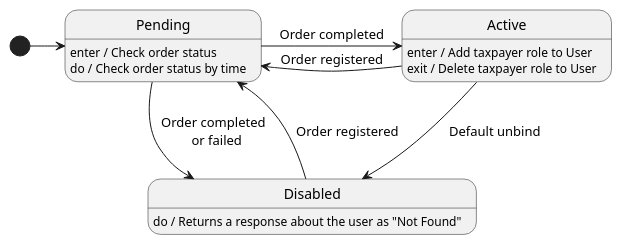
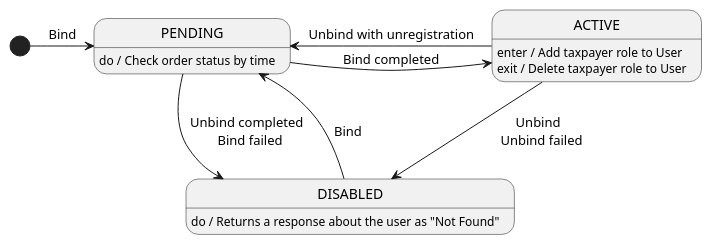
Before and after one commit to RaikBitters/ibank-internal-services: the first of 2 diagrams in diagrams/self-employed-service/state.puml, drawn with PlantUML. The commit also changed other lines of this file and 3 other files, not shown here.

Commit message:
Updated diagram.

```diff
--- a/diagrams/self-employed-service/state.puml
+++ b/diagrams/self-employed-service/state.puml
@@ -1,21 +1,20 @@
-@startuml
+@startuml self-employer-state
 
-[*] -> Pending
+[*] -> PENDING: Bind
 
-Pending -> Active: Order completed
-Active -> Pending: Order registered
+PENDING -> ACTIVE: Bind completed
+ACTIVE -> PENDING: Unbind with unregistration
 
-Pending -> Disabled: Order completed \n or failed
-Disabled --> Pending: Order registered
+PENDING -> DISABLED: Unbind completed \n Bind failed
+DISABLED --> PENDING: Bind
 
-Active -> Disabled: Default unbind
+ACTIVE -> DISABLED: Unbind \n Unbind failed
 
-Pending: enter / Check order status
-Pending: do / Check order status by time
+PENDING: do / Check order status by time
 
-Active: enter / Add taxpayer role to User
-Active: exit / Delete taxpayer role to User
+ACTIVE: enter / Add taxpayer role to User
+ACTIVE: exit / Delete taxpayer role to User
 
-Disabled: do / Returns a response about the user as "Not Found"
+DISABLED: do / Returns a response about the user as "Not Found"
 
 @enduml
```
